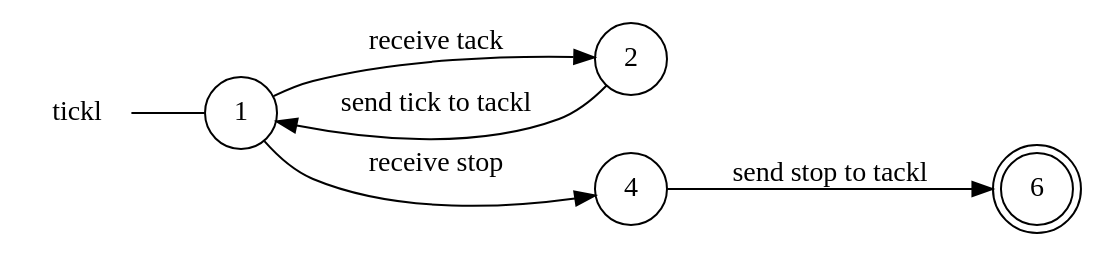
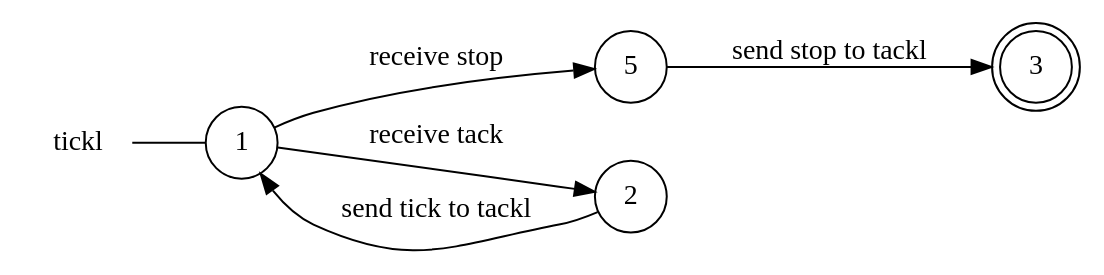
The diagram in example/ticktack/tickl_local_view.dot (gabrielegenovese/chorer), drawn with Graphviz before and after one commit. The commit also changed 11 other files, not shown here.

```diff
--- a/example/ticktack/tickl_local_view.dot
+++ b/example/ticktack/tickl_local_view.dot
@@ -1,14 +1,14 @@
 digraph tickl {
 	rankdir="LR";
 	n_0 [label="tickl", shape="plaintext"];
-	n_1 [id="6", shape=doublecircle, label="6"];
+	n_1 [id="5", shape=circle, label="5"];
 	n_2 [id="1", shape=circle, label="1"];
 	n_0 -> n_2 [arrowhead=none];
 	n_3 [id="2", shape=circle, label="2"];
-	n_4 [id="4", shape=circle, label="4"];
+	n_4 [id="3", shape=doublecircle, label="3"];
 
-	n_2 -> n_3 [id="[$e|0]", label="receive tack"];
-	n_2 -> n_4 [id="[$e|3]", label="receive stop"];
-	n_3 -> n_2 [id="[$e|7]", label="send tick to tackl"];
-	n_4 -> n_1 [id="[$e|6]", label="send stop to tackl"];
+	n_2 -> n_3 [id="[$e|4]", label="receive tack"];
+	n_2 -> n_1 [id="[$e|2]", label="receive stop"];
+	n_3 -> n_2 [id="[$e|6]", label="send tick to tackl"];
+	n_1 -> n_4 [id="[$e|1]", label="send stop to tackl"];
 }
```
